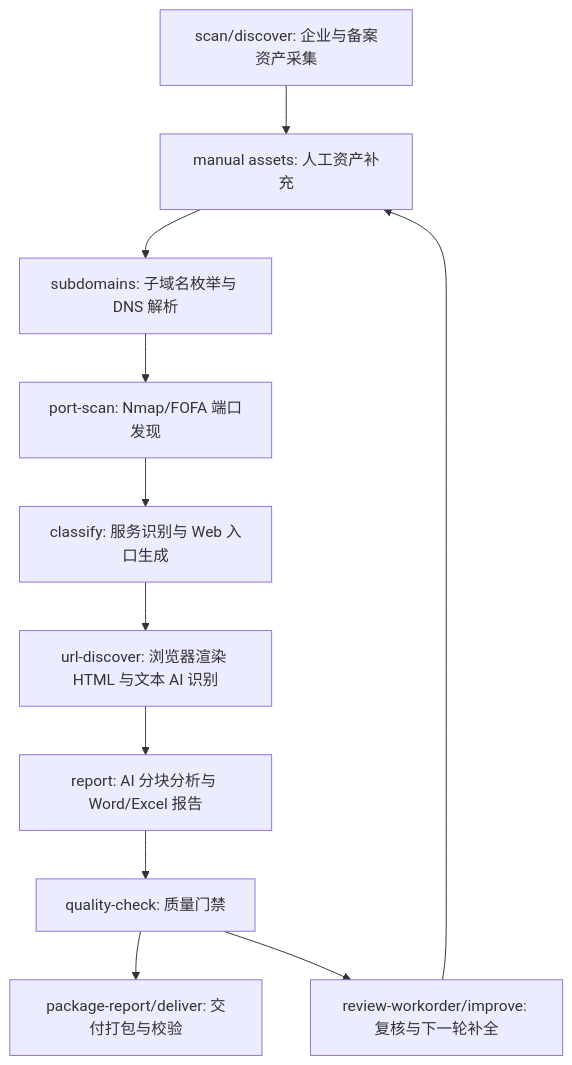
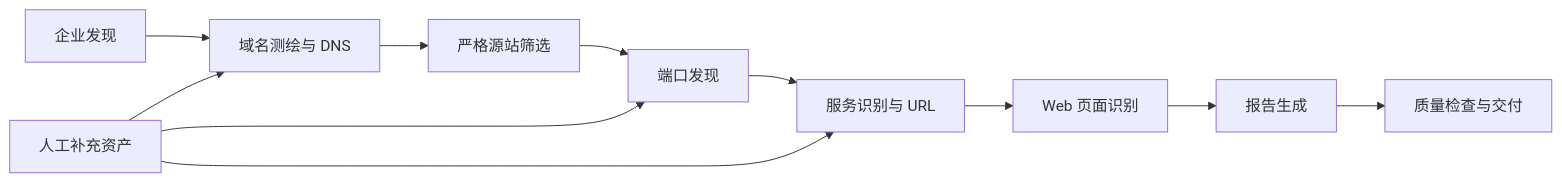
One commit to f0raway/assetmap changed the diagram in README.md. Above: the diagram before and after it, drawn with Mermaid. The commit also changed other lines of this file, not shown here.

````diff
--- a/README.md
+++ b/README.md
@@ -212,13 +173,13 @@
 ```mermaid
-flowchart TD
-  A["scan/discover: 企业与备案资产采集"] --> B["manual assets: 人工资产补充"]
-  B --> C["subdomains: 子域名枚举与 DNS 解析"]
-  C --> D["port-scan: Nmap/FOFA 端口发现"]
-  D --> E["classify: 服务识别与 Web 入口生成"]
-  E --> F["url-discover: 浏览器渲染 HTML 与文本 AI 识别"]
-  F --> G["report: AI 分块分析与 Word/Excel 报告"]
-  G --> H["quality-check: 质量门禁"]
-  H --> I["package-report/deliver: 交付打包与校验"]
-  H --> J["review-workorder/improve: 复核与下一轮补全"]
-  J --> B
+flowchart LR
+  A[企业发现] --> B[域名测绘与 DNS]
+  B --> C[严格源站筛选]
+  C --> D[端口发现]
+  D --> E[服务识别与 URL]
+  E --> F[Web 页面识别]
+  F --> G[报告生成]
+  G --> H[质量检查与交付]
+  M[人工补充资产] --> B
+  M --> D
+  M --> E
 ```
````
